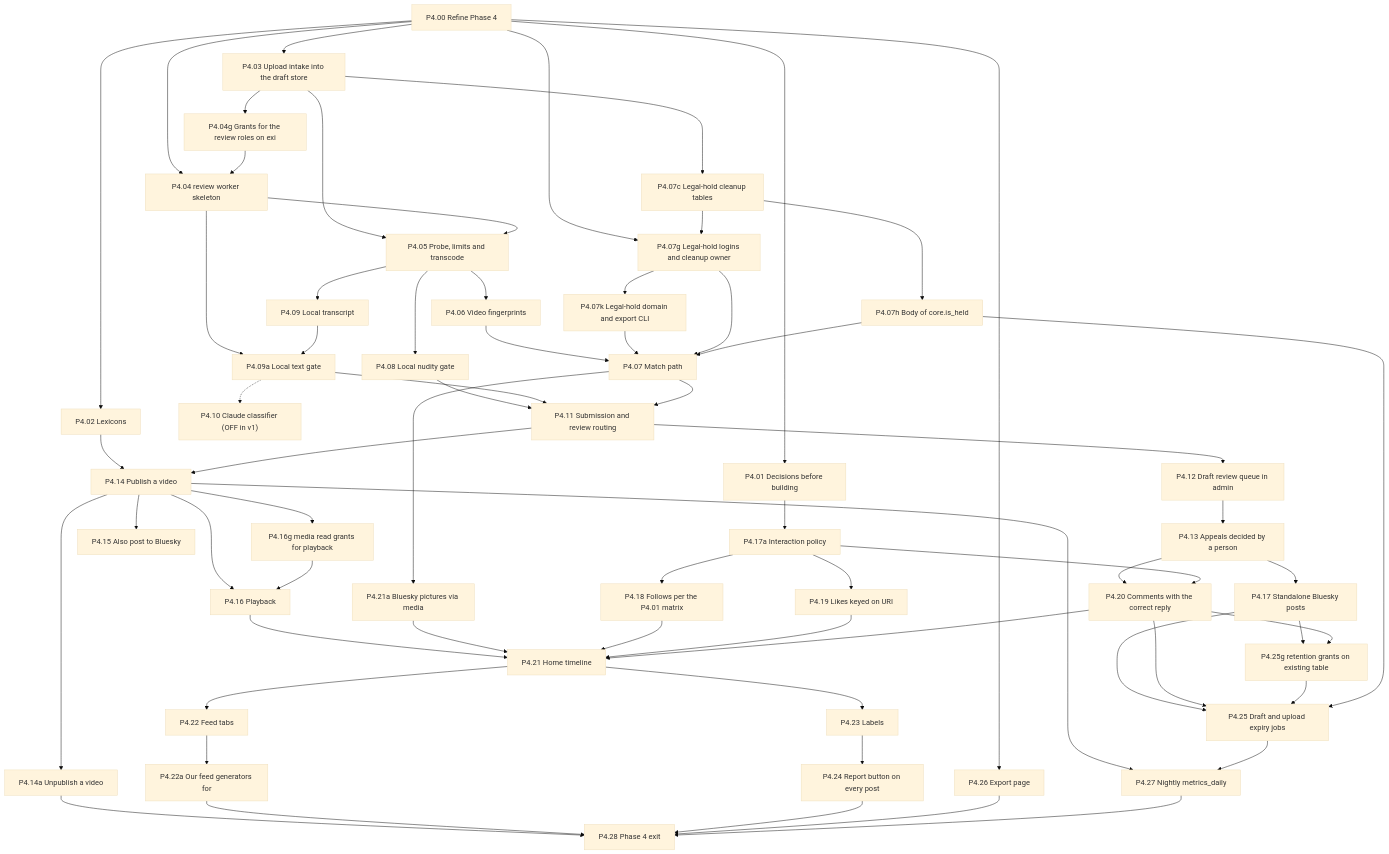
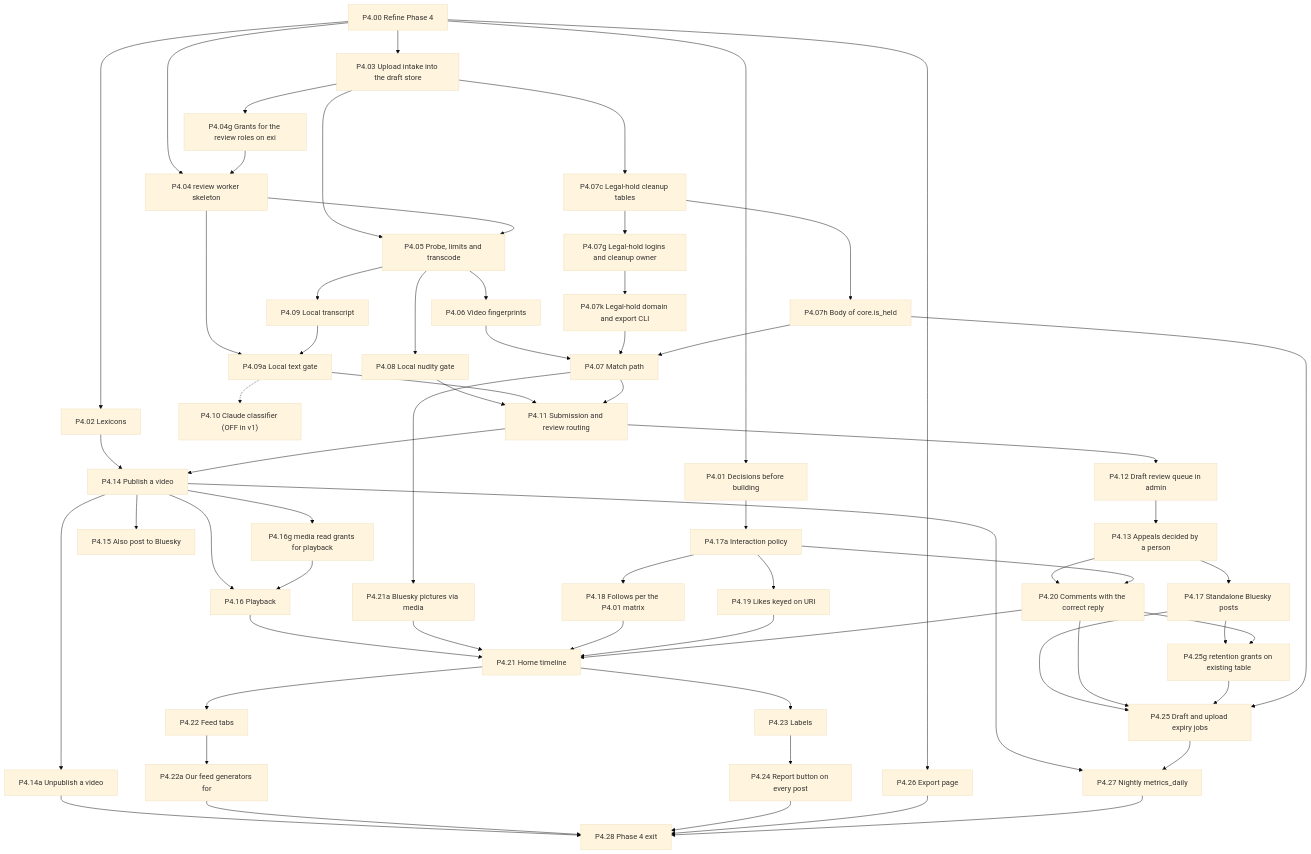
One commit to Undefined6799/unset changed the seventh of 11 diagrams in docs/ai/book/01-outline.md. Above: the diagram before and after it, drawn with Mermaid (base theme). The commit also changed other lines of this file and 1 other file, not shown here.

Commit message:
P0.09 Carry the verify-824 re-check fixes
P4.07g creates its definers as cleanup_owner under a temporary
CREATE on core, revoked in the same migration, after the
default-privileges revoke that every routine-owning role runs
(0003:76-81), and adds cleanup-owner-no-schema-create (N1).

Also split the two merged lines (P4.07c Outputs, P4.07g Algorithm),
drop the redundant P4.00* and two implied graph edges from P4.07g,
and except the bootstrap superuser in cleanup-key-login-roles-refused.

Claude-Session: https://claude.ai/code/session_01911Gttax16V3TwYGscDify

````diff
--- a/docs/ai/book/01-outline.md
+++ b/docs/ai/book/01-outline.md
@@ -1561,7 +1561,6 @@
   P4_27 --> P4_28
   P4_03 --> P4_04g
   P4_04g --> P4_04
-  P4_00 --> P4_07g
   P4_14 --> P4_16g
   P4_16g --> P4_16
   P4_17 --> P4_25g
@@ -1572,7 +1571,6 @@
   P4_03 --> P4_07c
   P4_07c --> P4_07g
   P4_07c --> P4_07h
-  P4_07g --> P4_07
   P4_07h --> P4_07
   P4_07h --> P4_25
 ```
````
